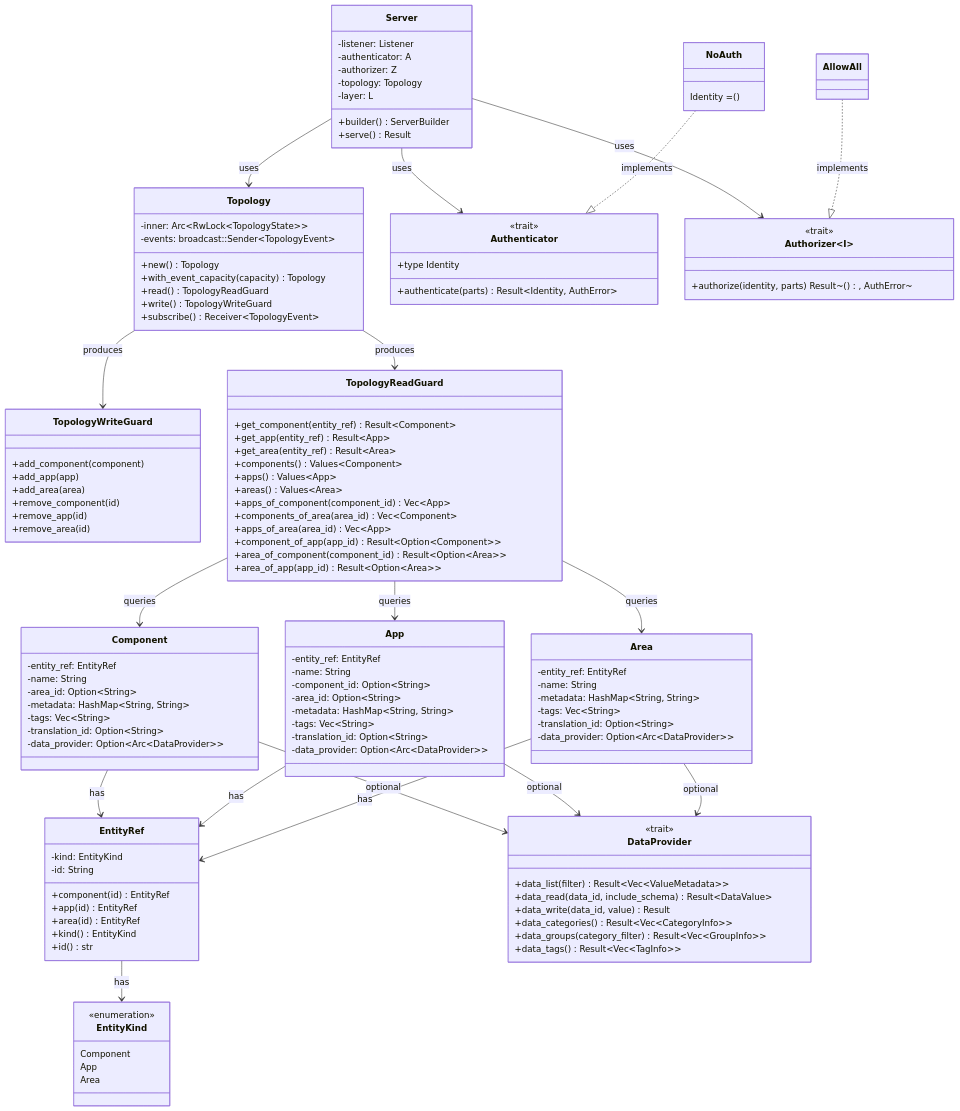
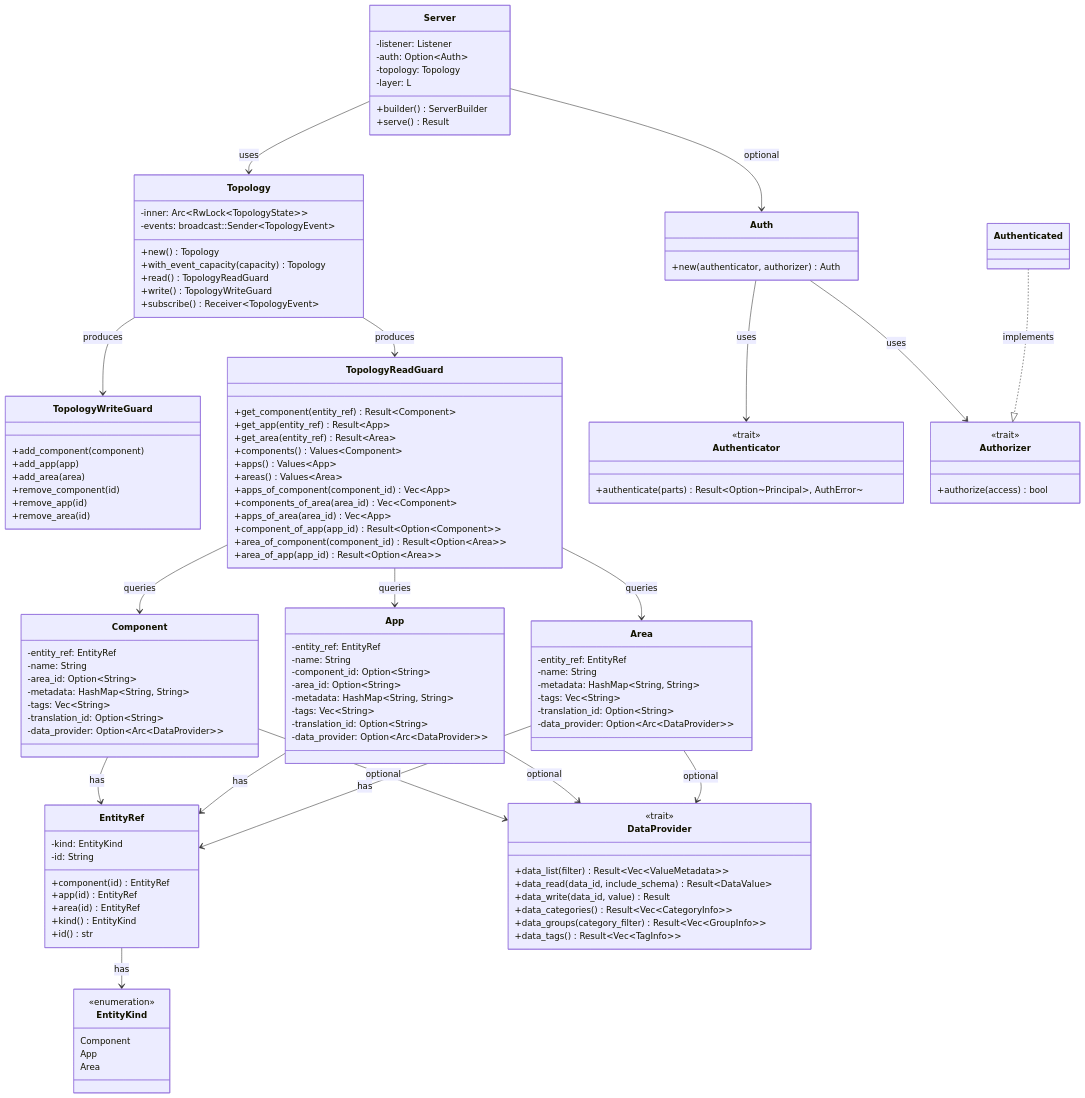
The first of 2 diagrams in docs/architecture.md (IoanAndrasi/opensovd-core), drawn with Mermaid before and after one commit. The commit also changed other lines of this file and 26 other files, not shown here.

````diff
--- a/docs/architecture.md
+++ b/docs/architecture.md
@@ -8,8 +8,7 @@
 
     class Server {
         -listener: Listener
-        -authenticator: A
-        -authorizer: Z
+        -auth: Option~Auth~
         -topology: Topology
         -layer: L
         +builder() ServerBuilder
@@ -97,22 +96,21 @@
         -data_provider: Option~Arc~DataProvider~~
     }
 
+    class Auth {
+        +new(authenticator, authorizer) Auth
+    }
+
     class Authenticator {
         <<trait>>
-        +type Identity
-        +authenticate(parts) Result~Identity, AuthError~
+        +authenticate(parts) Result~Option~Principal~, AuthError~
     }
 
-    class Authorizer~I~ {
+    class Authorizer {
         <<trait>>
-        +authorize(identity, parts) Result~(), AuthError~
+        +authorize(access) bool
     }
 
-    class NoAuth {
-        Identity = ()
-    }
-
-    class AllowAll
+    class Authenticated
 
     class DataProvider {
         <<trait>>
@@ -125,8 +123,9 @@
     }
 
     Server --> Topology : uses
-    Server --> Authenticator : uses
-    Server --> Authorizer : uses
+    Server --> Auth : optional
+    Auth --> Authenticator : uses
+    Auth --> Authorizer : uses
     Topology --> TopologyReadGuard : produces
     Topology --> TopologyWriteGuard : produces
     TopologyReadGuard --> Component : queries
@@ -139,6 +138,5 @@
     App --> DataProvider : optional
     Area --> DataProvider : optional
     EntityRef --> EntityKind : has
-    NoAuth ..|> Authenticator : implements
-    AllowAll ..|> Authorizer : implements
+    Authenticated ..|> Authorizer : implements
 ```
````
